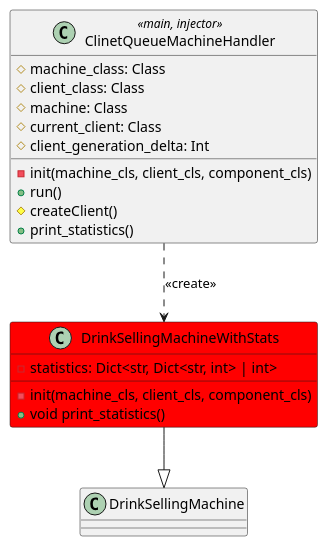
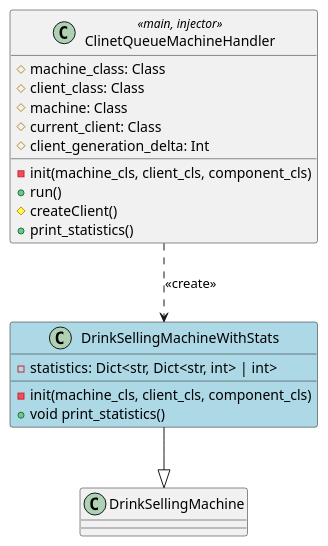
One commit to rserdyukov/programdesign-cource changed the diagram in design/problem_book/drinks-selling-machine/UML/ext4/ext4.puml. Above: the diagram before and after it, drawn with PlantUML. The commit also changed 7 other files, not shown here.

```diff
--- a/design/problem_book/drinks-selling-machine/UML/ext4/ext4.puml
+++ b/design/problem_book/drinks-selling-machine/UML/ext4/ext4.puml
@@ -1,29 +1,29 @@
 @startuml ext4
 
 class ClinetQueueMachineHandler <<main, injector>> {
   # machine_class: Class
   # client_class: Class
   # machine: Class
   # current_client: Class
   # client_generation_delta: Int
 
   - init(machine_cls, client_cls, component_cls)
   + run()
   # createClient()
   + print_statistics()
 }
 
 class DrinkSellingMachine
 
-class DrinkSellingMachineWithStats #red {
+class DrinkSellingMachineWithStats #lightBlue {
   - statistics: Dict<str, Dict<str, int> | int>
 
   - init(machine_cls, client_cls, component_cls)
   + void print_statistics()
 }
 
 ClinetQueueMachineHandler ..> DrinkSellingMachineWithStats: <<create>>
 DrinkSellingMachineWithStats --|> DrinkSellingMachine
 
 
 @enduml
```
